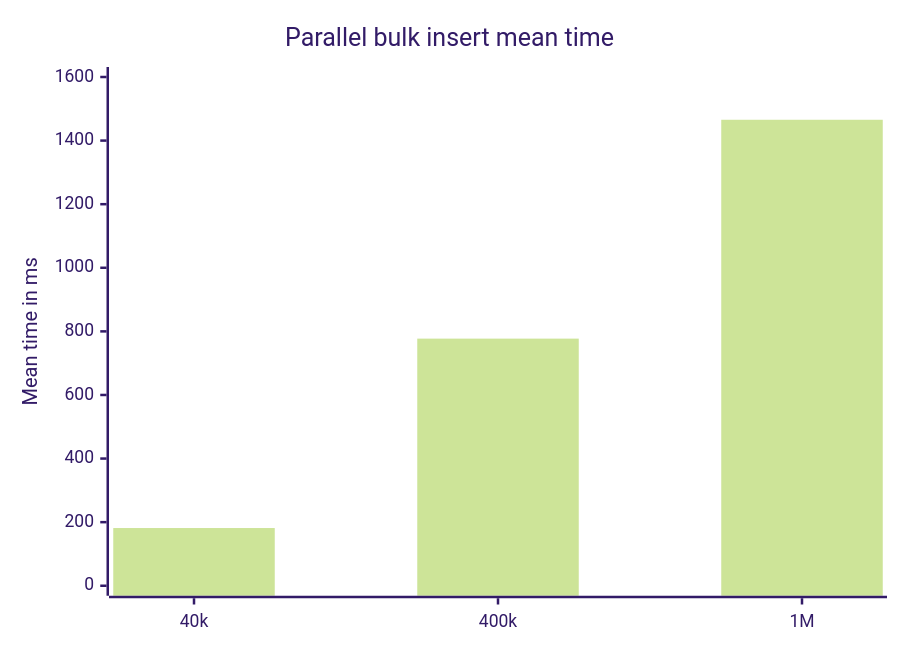
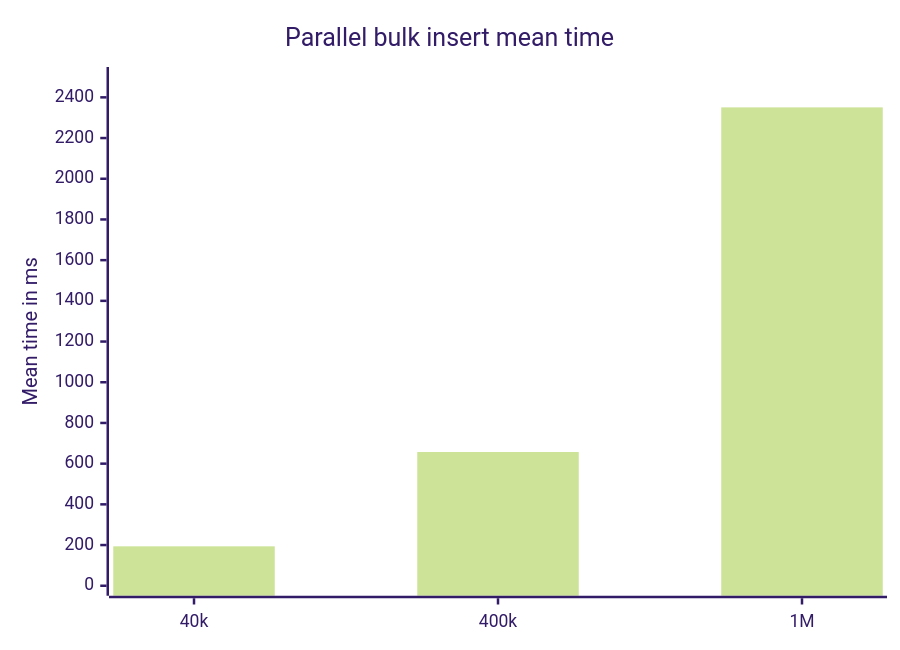
The sixth of 12 diagrams in README.md (SolidArcSoftware/DataArc.EntityFrameworkCore), drawn with Mermaid (forest theme) before and after one commit. The commit also changed other lines of this file and 4 other files, not shown here.

````diff
--- a/README.md
+++ b/README.md
@@ -382,7 +402,7 @@
 ```mermaid
 xychart-beta
     title "Parallel bulk insert mean time"
     x-axis ["40k", "400k", "1M"]
-    y-axis "Mean time in ms" 0 --> 1600
-    bar [181.5, 777.2, 1465.5]
+    y-axis "Mean time in ms" 0 --> 2500
+    bar [193.7, 657.2, 2350.7]
 ```
````
